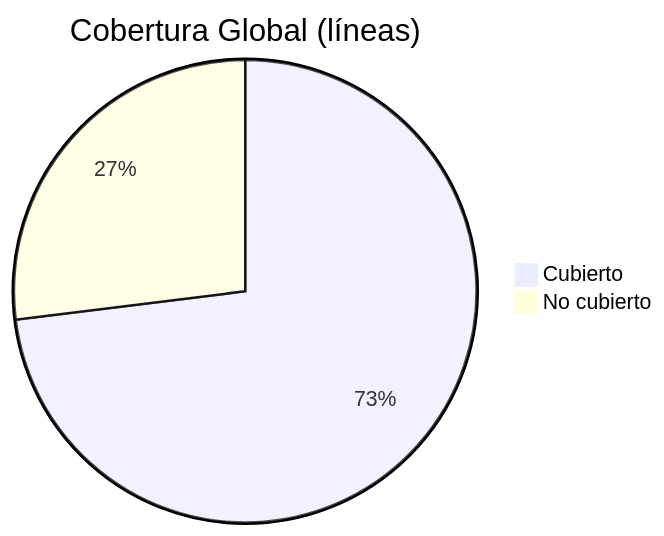
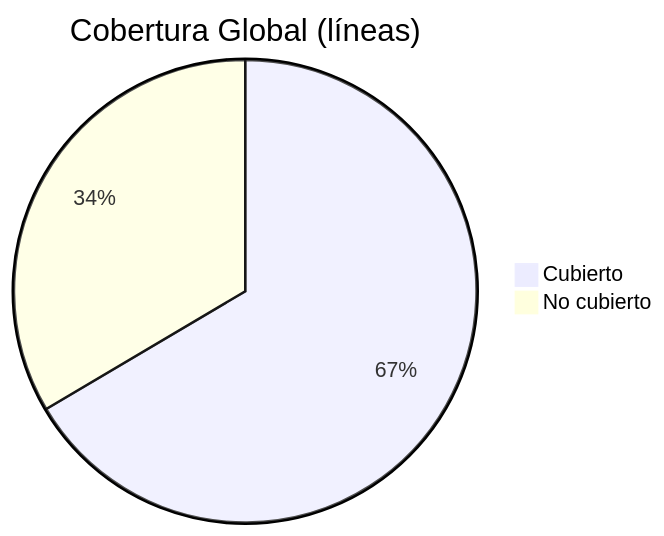
One commit to g-centurion/KipuBankV3 changed the fourth of 4 diagrams in README.md. Above: the diagram before and after it, drawn with Mermaid. The commit also changed other lines of this file, not shown here.

````diff
--- a/README.md
+++ b/README.md
@@ -212,6 +212,6 @@
 ```mermaid
 pie
    title Cobertura Global (líneas)
-   "Cubierto" : 73.04
-   "No cubierto" : 26.96
+   "Cubierto" : 66.5
+   "No cubierto" : 33.5
 ```
````
